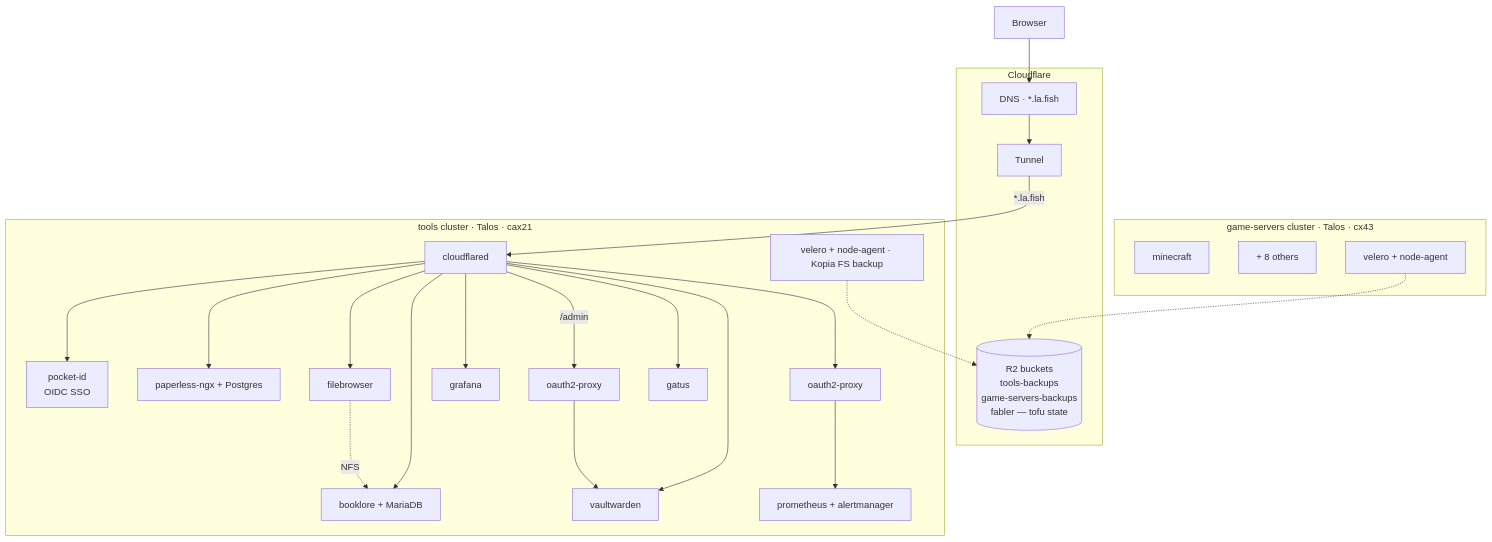
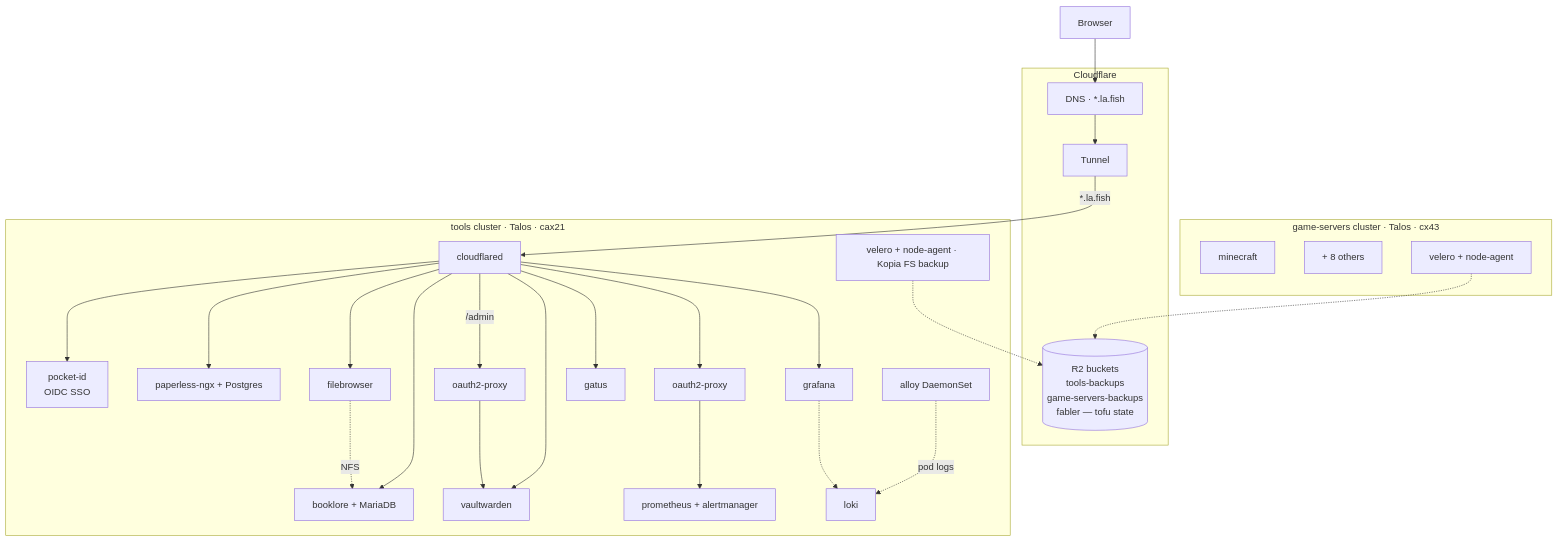
Before and after one commit to idarlafish/homelab: the diagram in README.md, drawn with Mermaid. The commit also changed other lines of this file and 9 other files, not shown here.

First line of the commit message:
feat(monitoring): add loki + alloy for centralized log aggregation

````diff
--- a/README.md
+++ b/README.md
@@ -20,38 +20,40 @@
 ```mermaid
 flowchart TD
     Browser --> CFDNS
 
     subgraph CF[Cloudflare]
         CFDNS[DNS · *.la.fish]
         CFTUN[Tunnel]
         CFR2[(R2 buckets<br/>tools-backups<br/>game-servers-backups<br/>fabler — tofu state)]
         CFDNS --> CFTUN
     end
 
     subgraph TOOLS[tools cluster · Talos · cax21]
         CFD[cloudflared]
         CFD --> PID[pocket-id<br/>OIDC SSO]
         CFD --> BL[booklore + MariaDB]
         CFD --> PL[paperless-ngx + Postgres]
         CFD --> VW[vaultwarden]
         CFD -->|"/admin"| O2V[oauth2-proxy] --> VW
         CFD --> FB[filebrowser]
         CFD --> GRF[grafana]
         CFD --> O2P[oauth2-proxy] --> PRM[prometheus + alertmanager]
         CFD --> GTS[gatus]
+        ALY[alloy DaemonSet] -.->|pod logs| LK[loki]
+        GRF -.-> LK
 
         VLR[velero + node-agent · Kopia FS backup]
         FB -. NFS .-> BL
     end
 
     subgraph GAMES[game-servers cluster · Talos · cx43]
         MC[minecraft]
         OTH[+ 8 others]
         VLG[velero + node-agent]
     end
 
     CFTUN -->|*.la.fish| CFD
 
     VLR .-> CFR2
     VLG .-> CFR2
 ```
````
